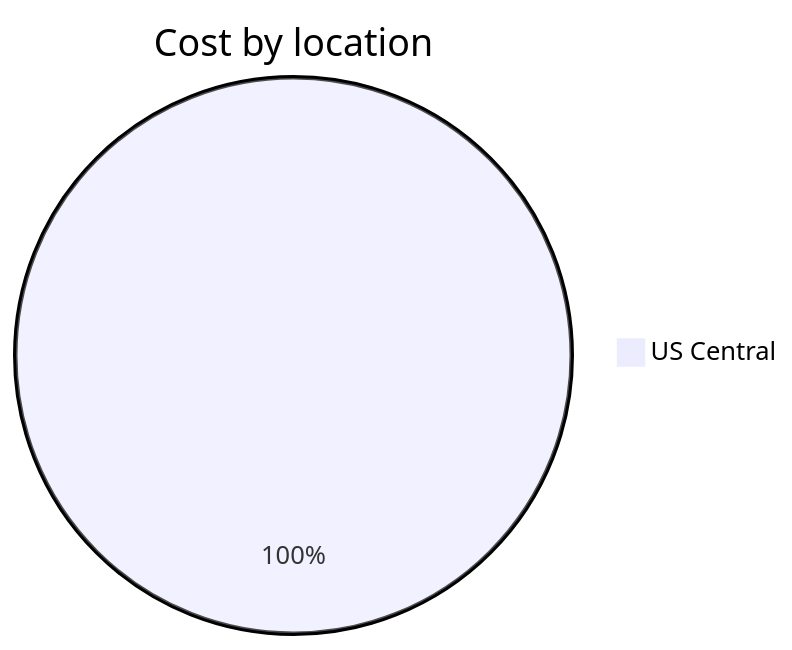
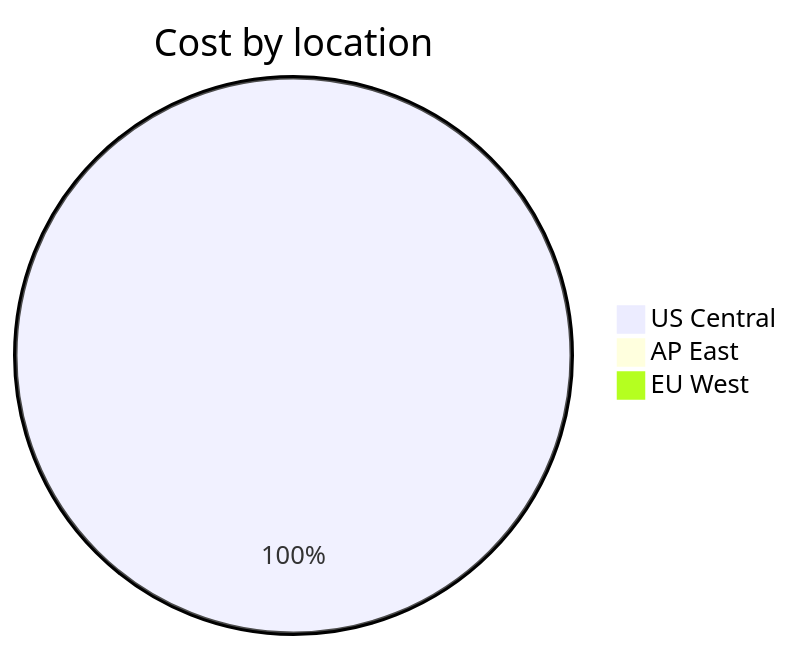
Before and after one commit to jpfulton/azure-personal-reports: the third of 4 diagrams in cost-reports/personal-site/personal-site-preview.md, drawn with Mermaid. The commit also changed other lines of this file and 6 other files, not shown here.

````diff
--- a/cost-reports/personal-site/personal-site-preview.md
+++ b/cost-reports/personal-site/personal-site-preview.md
@@ -105,5 +107,7 @@
 ```mermaid
 pie
    title Cost by location
-   "US Central" : 0.43
+   "US Central" : 0.63
+   "AP East" : 0.00
+   "EU West" : 0.00
 ```
````
